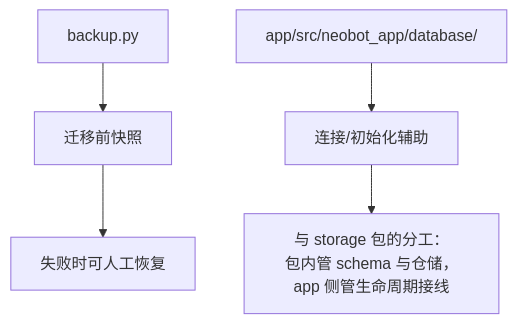
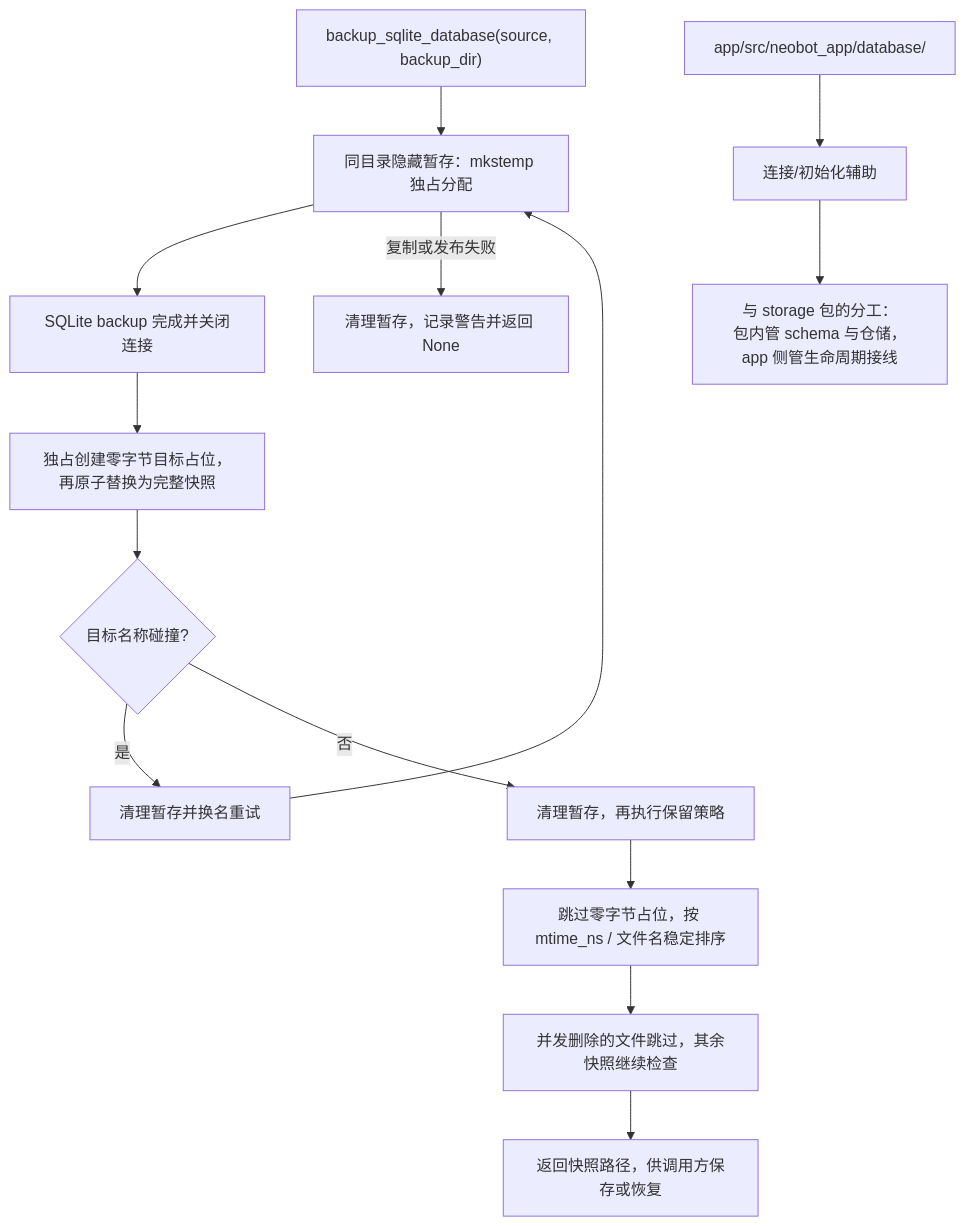
Before and after one commit to SuperQuail/NeoBot: the ninth of 9 diagrams in docs/flow/22-storage-migrations.md, drawn with Mermaid. The commit also changed other lines of this file and 466 other files, not shown here.

````diff
--- a/docs/flow/22-storage-migrations.md
+++ b/docs/flow/22-storage-migrations.md
@@ -222,7 +222,16 @@
 ```mermaid
 flowchart TD
-    A["backup.py"] --> B["迁移前快照"]
-    B --> C["失败时可人工恢复"]
+    A["backup_sqlite_database(source, backup_dir)"] --> B["同目录隐藏暂存：mkstemp 独占分配"]
+    B --> C["SQLite backup 完成并关闭连接"]
+    C --> G["独占创建零字节目标占位，再原子替换为完整快照"]
+    G --> H{"目标名称碰撞?"}
+    H -- 是 --> I["清理暂存并换名重试"]
+    I --> B
+    H -- 否 --> J["清理暂存，再执行保留策略"]
+    B -- 复制或发布失败 --> K["清理暂存，记录警告并返回 None"]
+    J --> L["跳过零字节占位，按 mtime_ns / 文件名稳定排序"]
+    L --> M["并发删除的文件跳过，其余快照继续检查"]
+    M --> N["返回快照路径，供调用方保存或恢复"]
     D["app/src/neobot_app/database/"] --> E["连接/初始化辅助"]
     E --> F["与 storage 包的分工：<br/>包内管 schema 与仓储，app 侧管生命周期接线"]
 ```
````
